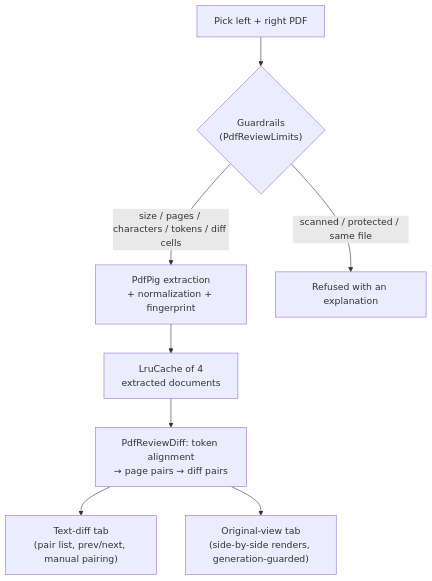
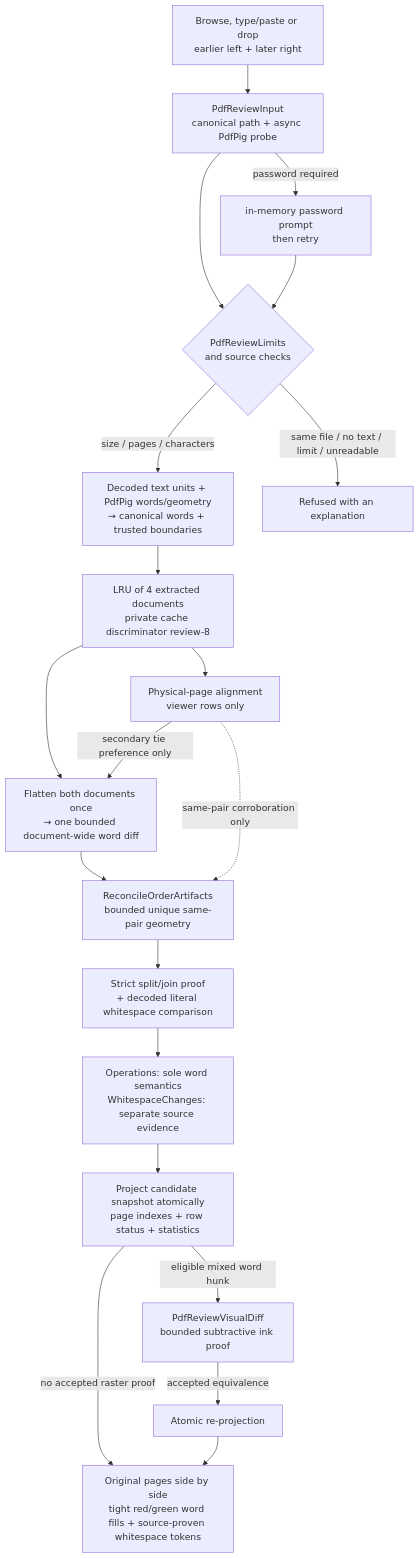
One commit to DedovMosol/iwoHelperDesktop changed the second of 6 diagrams in docs/ARCHITECTURE.md. Above: the diagram before and after it, drawn with Mermaid. The commit also changed other lines of this file and 38 other files, not shown here.

Commit message:
1.18.5: finalize PDF Compare review beta

````diff
--- a/docs/ARCHITECTURE.md
+++ b/docs/ARCHITECTURE.md
@@ -269,10 +278,22 @@
 ```mermaid
 flowchart TB
-    A["Pick left + right PDF"] --> B{"Guardrails<br>(PdfReviewLimits)"}
-    B -->|"size / pages / characters / tokens / diff cells"| C["PdfPig extraction<br>+ normalization + fingerprint"]
-    C --> D["LruCache of 4<br>extracted documents"]
-    D --> E["PdfReviewDiff: token alignment<br>→ page pairs → diff pairs"]
-    E --> F["Text-diff tab<br>(pair list, prev/next, manual pairing)"]
-    E --> G["Original-view tab<br>(side-by-side renders, generation-guarded)"]
-    B -->|"scanned / protected / same file"| H["Refused with an explanation"]
+    A["Browse, type/paste or drop<br>earlier left + later right"] --> V["PdfReviewInput<br>canonical path + async PdfPig probe"]
+    V --> B{"PdfReviewLimits<br>and source checks"}
+    V -->|"password required"| P["in-memory password prompt<br>then retry"]
+    P --> B
+    B -->|"size / pages / characters"| C["Decoded text units + PdfPig words/geometry<br>→ canonical words + trusted boundaries"]
+    C --> D["LRU of 4 extracted documents<br>private cache discriminator review-8"]
+    D --> R["Physical-page alignment<br>viewer rows only"]
+    D --> E["Flatten both documents once<br>→ one bounded document-wide word diff"]
+    R -->|"secondary tie preference only"| E
+    E --> Q["ReconcileOrderArtifacts<br>bounded unique same-pair geometry"]
+    R -.->|"same-pair corroboration only"| Q
+    Q --> S["Strict split/join proof<br>+ decoded literal whitespace comparison"]
+    S --> O["Operations: sole word semantics<br>WhitespaceChanges: separate source evidence"]
+    O --> G["Project candidate snapshot atomically<br>page indexes + row status + statistics"]
+    G -->|"eligible mixed word hunk"| F["PdfReviewVisualDiff<br>bounded subtractive ink proof"]
+    F -->|"accepted equivalence"| J["Atomic re-projection"]
+    G -->|"no accepted raster proof"| H["Original pages side by side<br>tight red/green word fills + source-proven whitespace tokens"]
+    J --> H
+    B -->|"same file / no text / limit / unreadable"| X["Refused with an explanation"]
 ```
````
